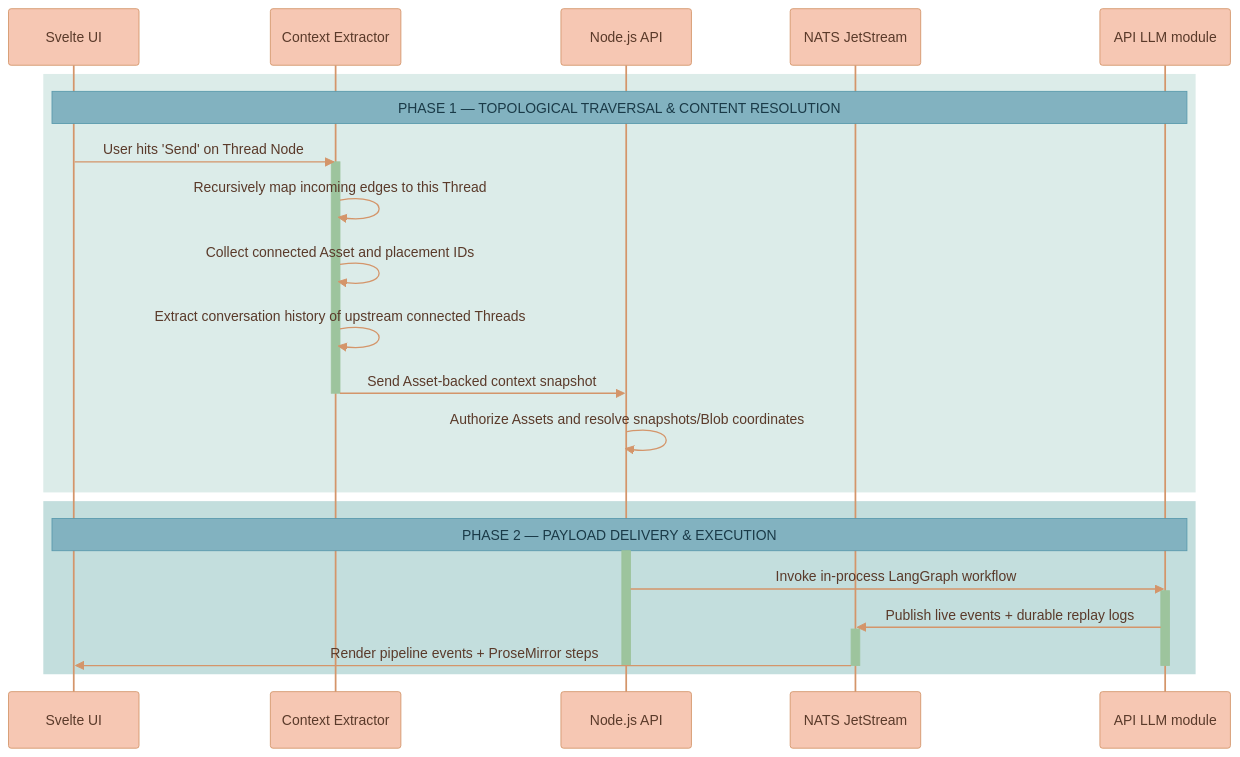
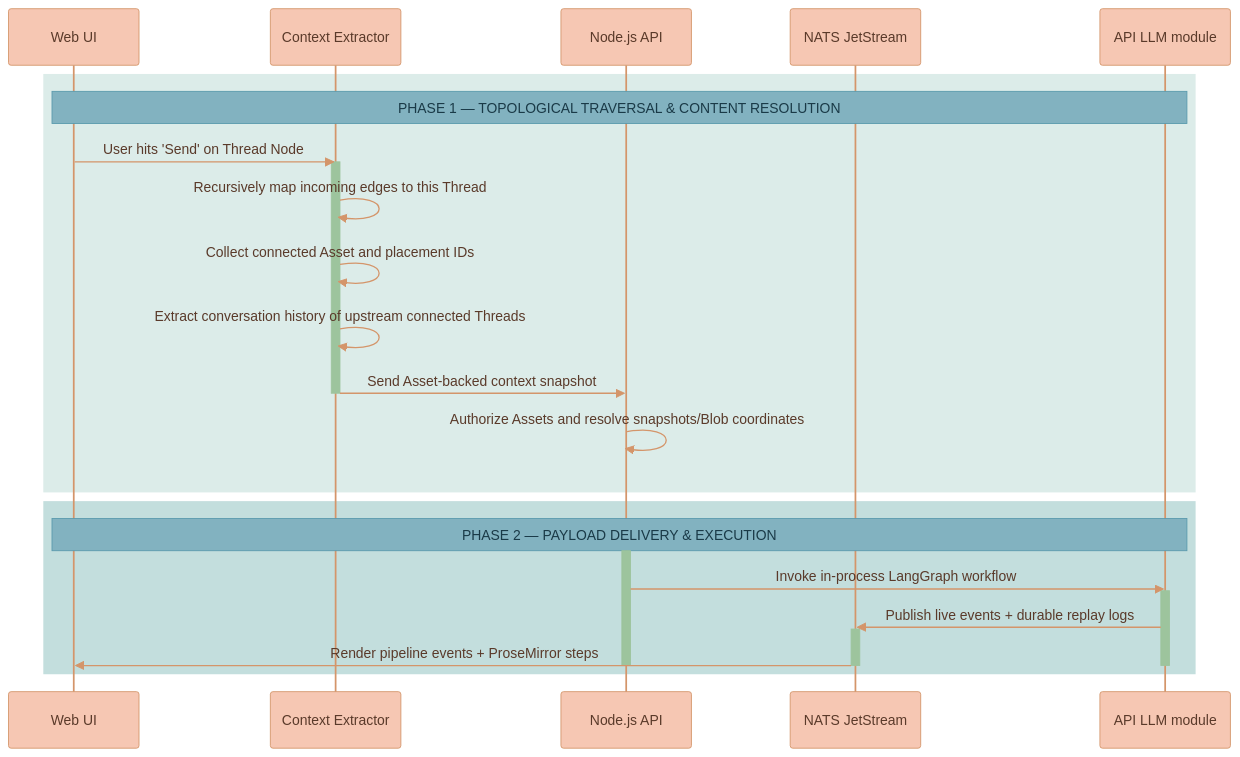
The fifth of 7 diagrams in documentation/PRODUCT-OVERVIEW.md (Lixpi/lixpi), drawn with Mermaid before and after one commit. The commit also changed other lines of this file and 51 other files, not shown here.

First line of the commit message:
Remove Svelte from web-ui, back stores with Nano Stores (#358)

````diff
--- a/documentation/PRODUCT-OVERVIEW.md
+++ b/documentation/PRODUCT-OVERVIEW.md
@@ -252,40 +252,40 @@
 ```mermaid
 %%{init: {'theme': 'base', 'themeVariables': { 'noteBkgColor': '#82B2C0', 'noteTextColor': '#1a3a47', 'noteBorderColor': '#5a9aad', 'actorBkg': '#F6C7B3', 'actorBorder': '#d4956a', 'actorTextColor': '#5a3a2a', 'actorLineColor': '#d4956a', 'signalColor': '#d4956a', 'signalTextColor': '#5a3a2a', 'labelBoxBkgColor': '#F6C7B3', 'labelBoxBorderColor': '#d4956a', 'labelTextColor': '#5a3a2a', 'loopTextColor': '#5a3a2a', 'activationBorderColor': '#9DC49D', 'activationBkgColor': '#9DC49D', 'sequenceNumberColor': '#5a3a2a'}}}%%
 sequenceDiagram
-    participant UI as Svelte UI
+    participant UI as Web UI
     participant Ext as Context Extractor
     participant API as Node.js API
     participant NATS as NATS JetStream
     participant LLM as API LLM module
 
     %% ═══════════════════════════════════════════════════════════════
     %% PHASE 1: TOPOLOGICAL TRAVERSAL & CONTENT RESOLUTION
     %% ═══════════════════════════════════════════════════════════════
     rect rgb(220, 236, 233)
         Note over UI, LLM: PHASE 1 — TOPOLOGICAL TRAVERSAL & CONTENT RESOLUTION
         UI->>Ext: User hits 'Send' on Thread Node
         activate Ext
         Ext->>Ext: Recursively map incoming edges to this Thread
         Ext->>Ext: Collect connected Asset and placement IDs
         Ext->>Ext: Extract conversation history of upstream connected Threads
         Ext->>API: Send Asset-backed context snapshot
         deactivate Ext
         API->>API: Authorize Assets and resolve snapshots/Blob coordinates
     end
 
     %% ═══════════════════════════════════════════════════════════════
     %% PHASE 2: PAYLOAD DELIVERY & EXECUTION
     %% ═══════════════════════════════════════════════════════════════
     rect rgb(195, 222, 221)
         Note over UI, LLM: PHASE 2 — PAYLOAD DELIVERY & EXECUTION
         activate API
         API->>LLM: Invoke in-process LangGraph workflow
         activate LLM
         LLM->>NATS: Publish live events + durable replay logs
         activate NATS
         NATS->>UI: Render pipeline events + ProseMirror steps
         deactivate NATS
         deactivate LLM
         deactivate API
     end
 ```
````
